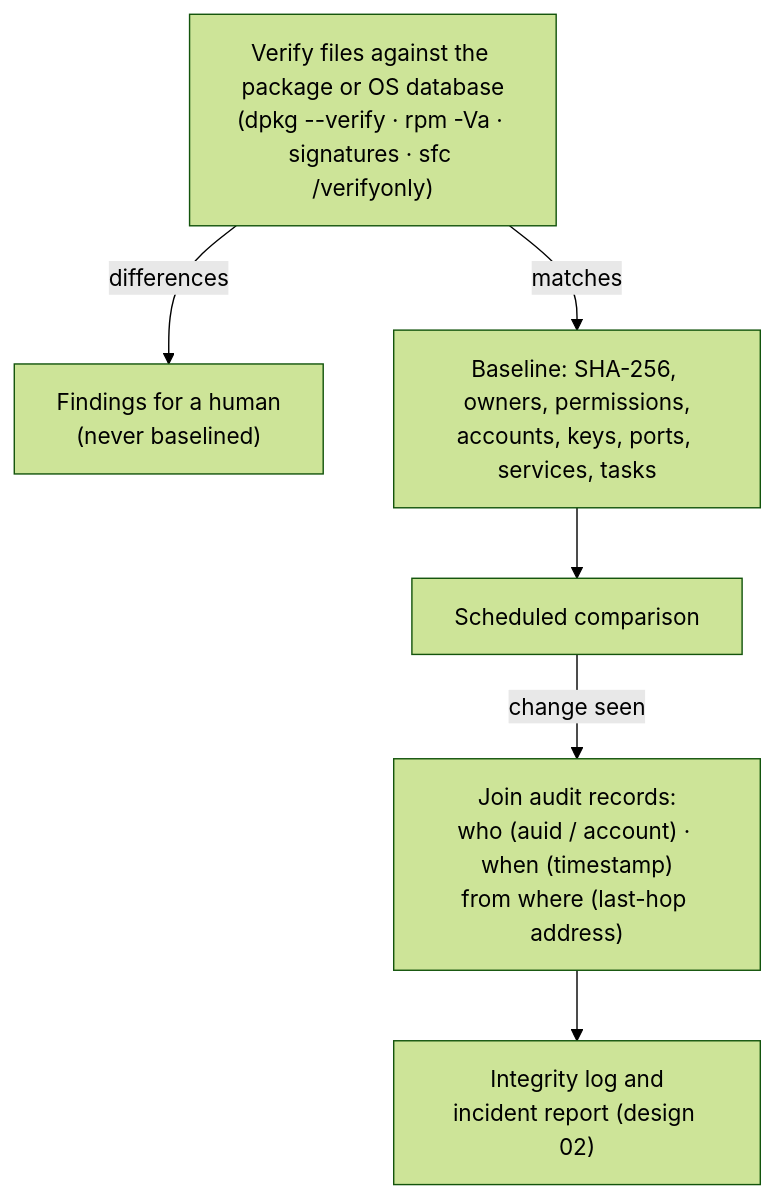
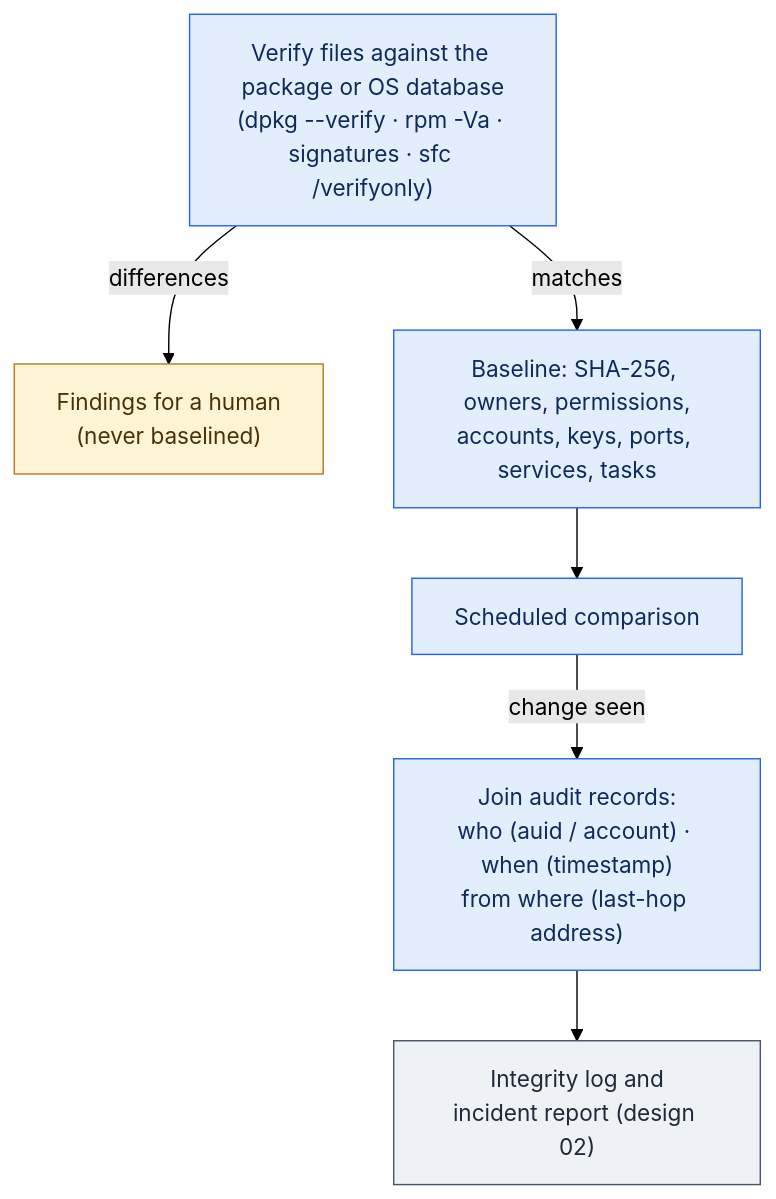
Before and after one commit to dotnetdork/Labyrinth: the diagram in docs/design/04-Baseline-and-Integrity.md, drawn with Mermaid (forest theme). The commit also changed other lines of this file and 12 other files, not shown here.

````diff
--- a/docs/design/04-Baseline-and-Integrity.md
+++ b/docs/design/04-Baseline-and-Integrity.md
@@ -42,9 +42,15 @@
 ```mermaid
 flowchart TD
     V["Verify files against the package or OS database<br/>(dpkg --verify · rpm -Va · signatures · sfc /verifyonly)"]
     V -->|differences| F["Findings for a human<br/>(never baselined)"]
     V -->|matches| B["Baseline: SHA-256, owners, permissions,<br/>accounts, keys, ports, services, tasks"]
     B --> CMP["Scheduled comparison"]
     CMP -->|change seen| J["Join audit records:<br/>who (auid / account) · when (timestamp)<br/>from where (last-hop address)"]
     J --> R["Integrity log and<br/>incident report (design 02)"]
+    classDef observe fill:#e3eefc,stroke:#2563eb,color:#0f2a5c
+    classDef human fill:#fff4d6,stroke:#b7791f,color:#4a3108
+    classDef store fill:#eef1f5,stroke:#475569,color:#1e293b
+    class V,B,CMP,J observe
+    class F human
+    class R store
 ```
````
